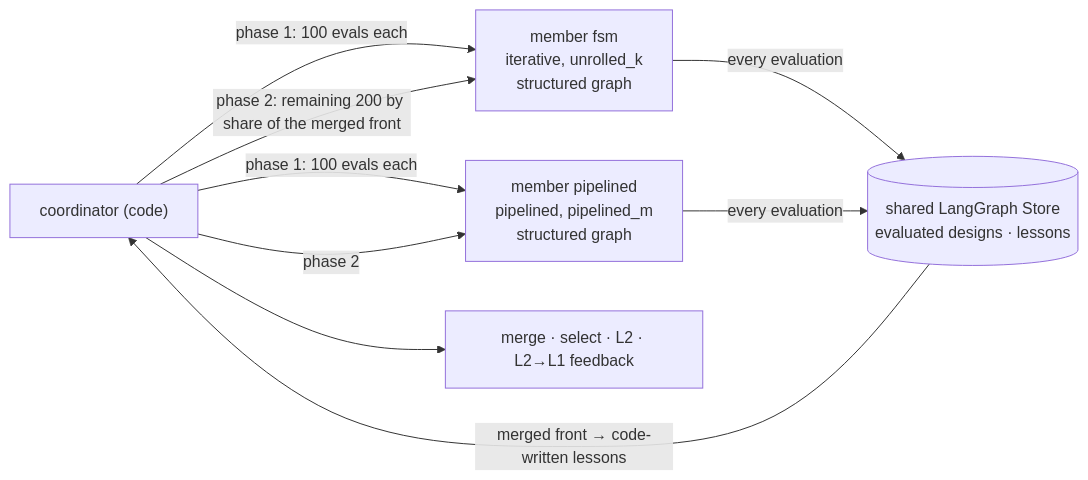
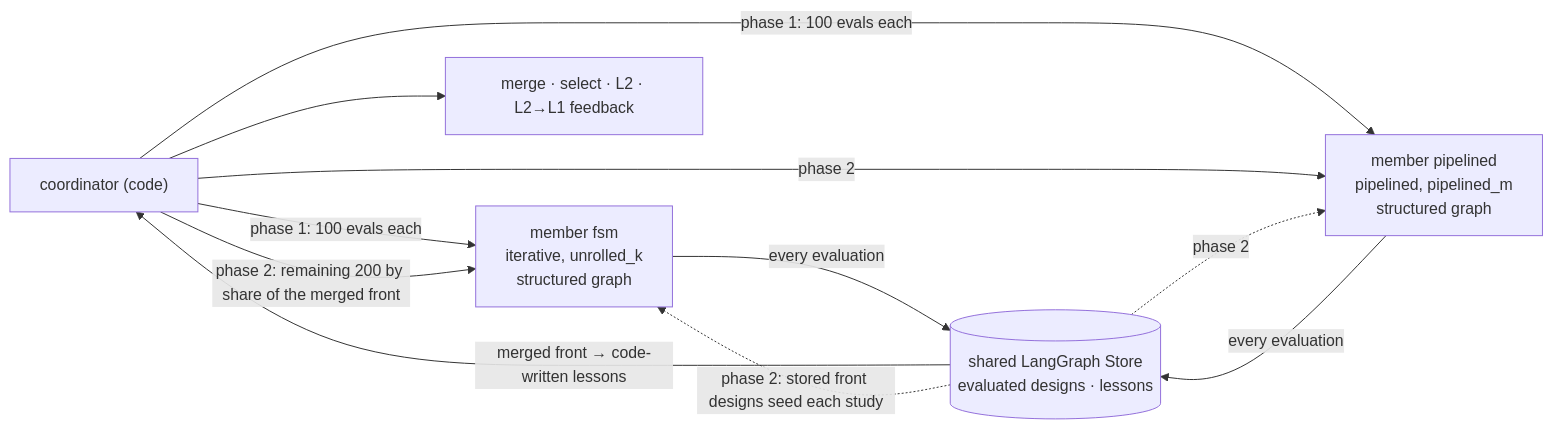
One commit to BrendanJamesLynskey/HW_Design_Space_Agent changed the second of 2 diagrams in README.md. Above: the diagram before and after it, drawn with Mermaid. The commit also changed other lines of this file and 3 other files, not shown here.

````diff
--- a/README.md
+++ b/README.md
@@ -826,11 +829,13 @@
 ```mermaid
 flowchart LR
     C["coordinator (code)"] -->|"phase 1: 100 evals each"| F["member fsm<br/>iterative, unrolled_k<br/>structured graph"]
     C -->|"phase 1: 100 evals each"| P["member pipelined<br/>pipelined, pipelined_m<br/>structured graph"]
     F -->|every evaluation| S[("shared LangGraph Store<br/>evaluated designs · lessons")]
     P -->|every evaluation| S
     S -->|"merged front → code-written lessons"| C
     C -->|"phase 2: remaining 200 by share of the merged front"| F
     C -->|"phase 2"| P
+    S -.->|"phase 2: stored front designs seed each study"| F
+    S -.->|"phase 2"| P
     C --> M["merge · select · L2 · L2→L1 feedback"]
 ```
````
